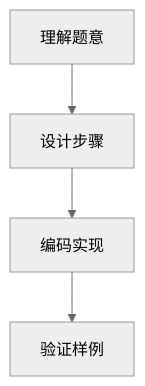
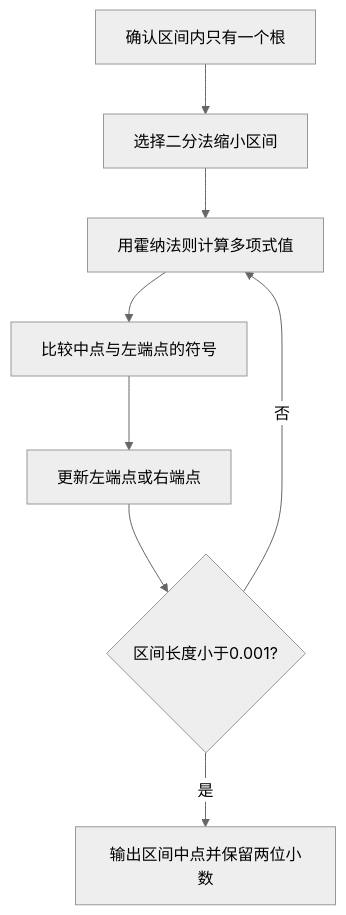
One commit to pta-program/pta_basic_program_article_by_lua changed the second of 2 diagrams in 编程题/PTA基础编程题目集 7-18二分法求多项式单根（Lua语言实现）.md. Above: the diagram before and after it, drawn with Mermaid (neutral theme). The commit also changed other lines of this file and 50 other files, not shown here.

````diff
--- a/编程题/PTA基础编程题目集 7-18二分法求多项式单根（Lua语言实现）.md
+++ b/编程题/PTA基础编程题目集 7-18二分法求多项式单根（Lua语言实现）.md
@@ -86,6 +102,10 @@
 ```mermaid
 flowchart TD
-  A[理解题意] --> B[设计步骤]
-  B --> C[编码实现]
-  C --> D[验证样例]
+  A[确认区间内只有一个根] --> B[选择二分法缩小区间]
+  B --> C[用霍纳法则计算多项式值]
+  C --> D[比较中点与左端点的符号]
+  D --> E[更新左端点或右端点]
+  E --> F{区间长度小于0.001?}
+  F -->|否| C
+  F -->|是| G[输出区间中点并保留两位小数]
 ```
````
